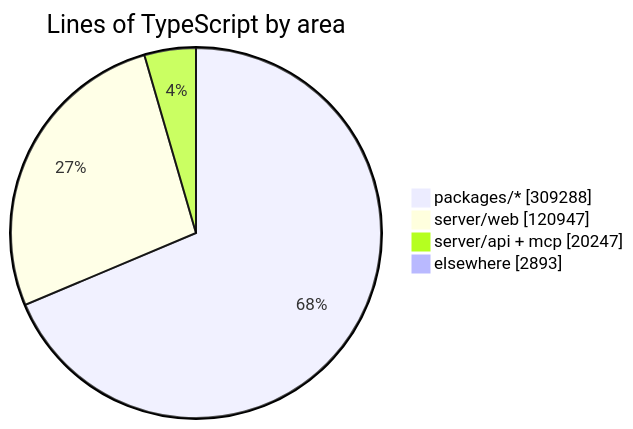
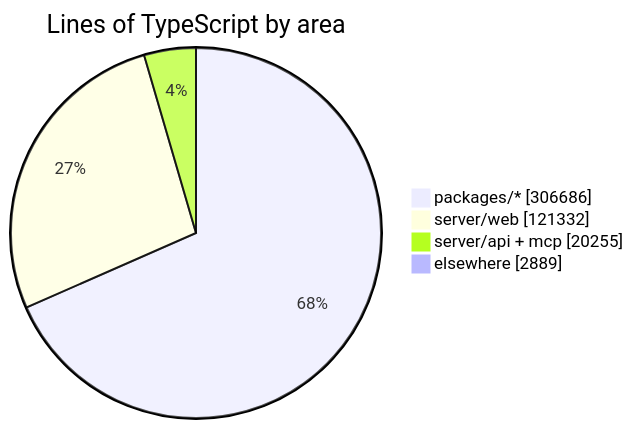
The diagram in README.md (crossworks-engineering/mantle), drawn with Mermaid before and after one commit. The commit also changed other lines of this file and 2 other files, not shown here.

````diff
--- a/README.md
+++ b/README.md
@@ -294,7 +294,7 @@
 ```mermaid
 pie showData title Lines of TypeScript by area
-    "packages/*" : 309288
-    "server/web" : 120947
-    "server/api + mcp" : 20247
-    "elsewhere" : 2893
+    "packages/*" : 306686
+    "server/web" : 121332
+    "server/api + mcp" : 20255
+    "elsewhere" : 2889
 ```
````
